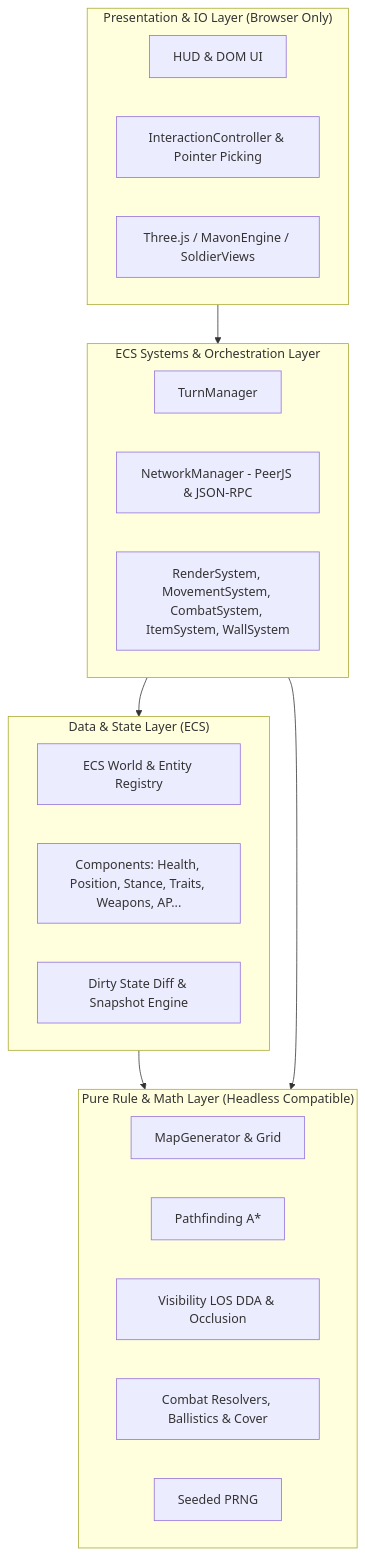
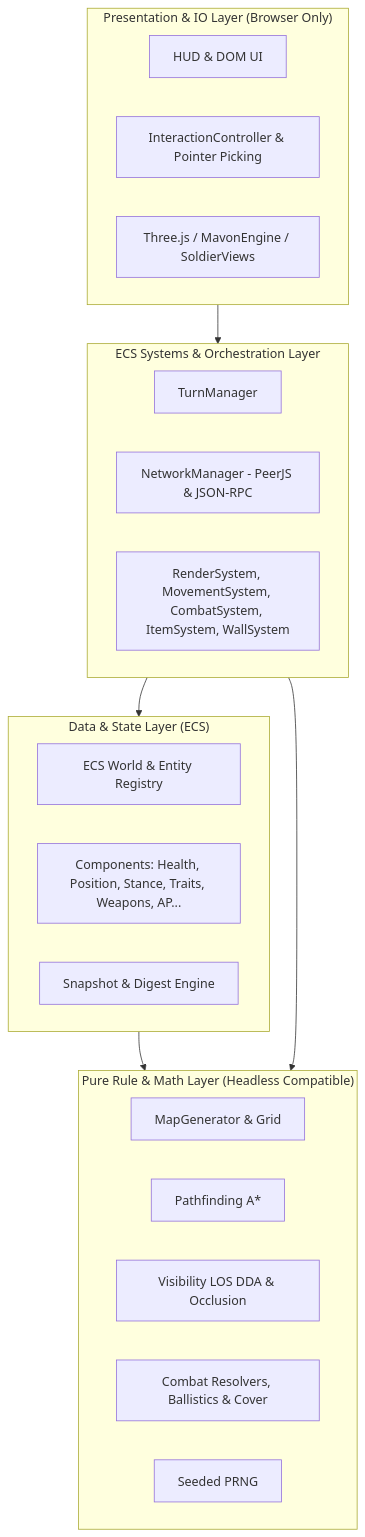
Before and after one commit to lordvlad/tictac: the diagram in docs/architecture/overview.md, drawn with Mermaid. The commit also changed other lines of this file and 92 other files, not shown here.

````diff
--- a/docs/architecture/overview.md
+++ b/docs/architecture/overview.md
@@ -23,33 +23,33 @@
 ```mermaid
 graph TD
     subgraph Presentation ["Presentation & IO Layer (Browser Only)"]
         UI[HUD & DOM UI]
         Input[InteractionController & Pointer Picking]
         Render[Three.js / MavonEngine / SoldierViews]
     end
 
     subgraph Systems ["ECS Systems & Orchestration Layer"]
         TurnMgr[TurnManager]
         NetMgr[NetworkManager - PeerJS & JSON-RPC]
         Sys[RenderSystem, MovementSystem, CombatSystem, ItemSystem, WallSystem]
     end
 
     subgraph Data ["Data & State Layer (ECS)"]
         World[ECS World & Entity Registry]
         Comp[Components: Health, Position, Stance, Traits, Weapons, AP...]
-        Dirty[Dirty State Diff & Snapshot Engine]
+        Snap[Snapshot & Digest Engine]
     end
 
     subgraph Core ["Pure Rule & Math Layer (Headless Compatible)"]
         MapGen[MapGenerator & Grid]
         Path[Pathfinding A*]
         LOS[Visibility LOS DDA & Occlusion]
         Combat[Combat Resolvers, Ballistics & Cover]
         RNG[Seeded PRNG]
     end
 
     Presentation --> Systems
     Systems --> Data
     Data --> Core
     Systems --> Core
 ```
````
